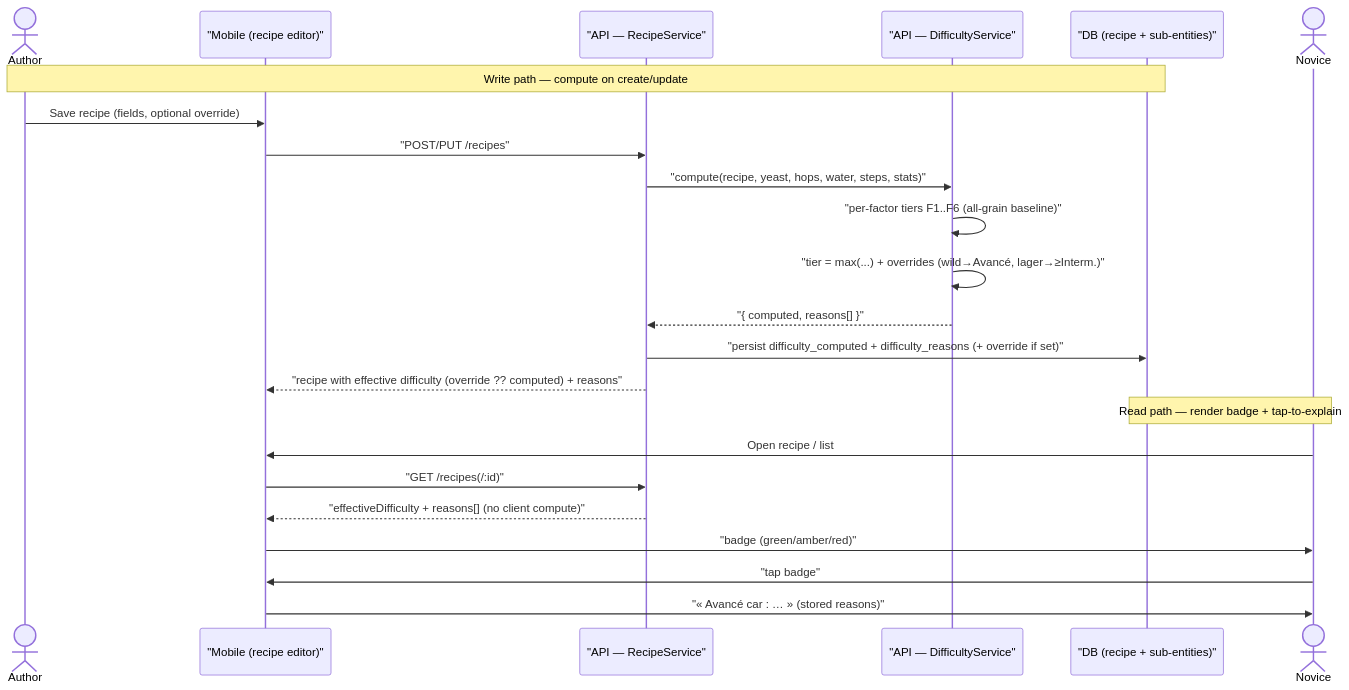
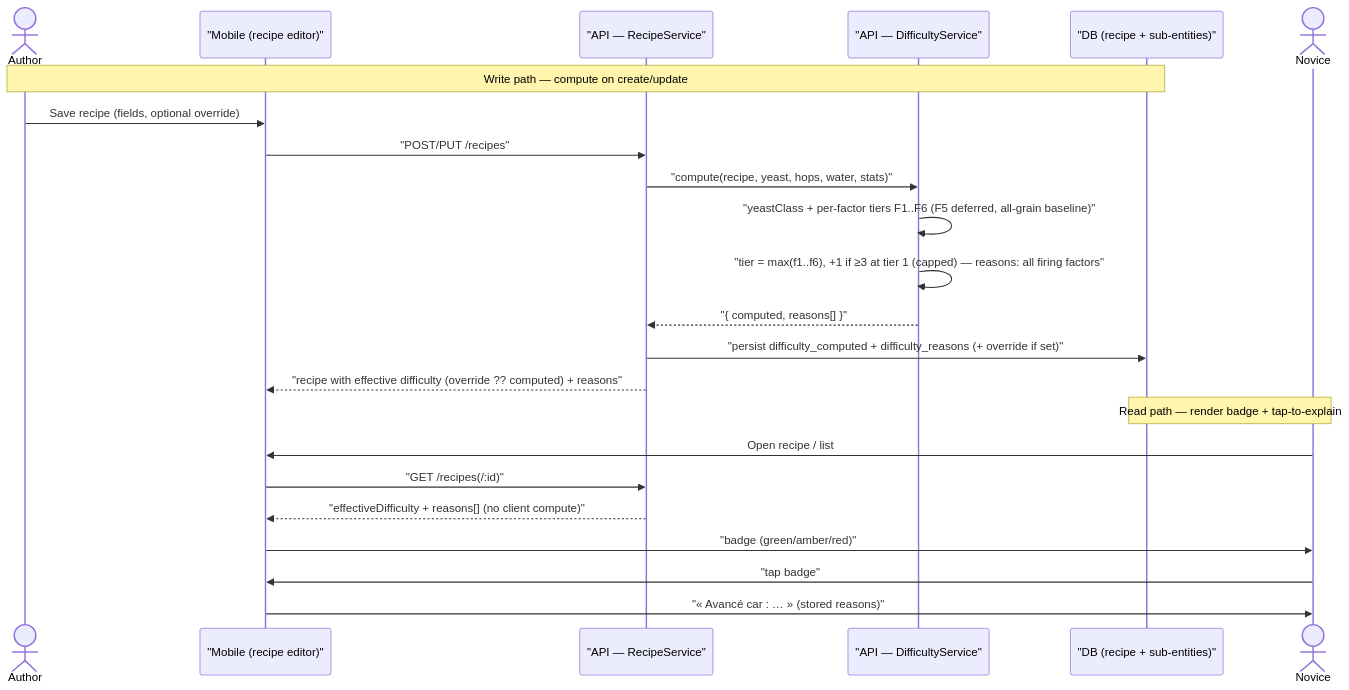
One commit to benoit-bremaud/brasse-bouillon changed the diagram in docs/architecture/diagrams/recipe-difficulty/02-sequence-compute.md. Above: the diagram before and after it, drawn with Mermaid. The commit also changed 4 other files, not shown here.

````diff
--- a/docs/architecture/diagrams/recipe-difficulty/02-sequence-compute.md
+++ b/docs/architecture/diagrams/recipe-difficulty/02-sequence-compute.md
@@ -18,27 +18,27 @@
 ```mermaid
 sequenceDiagram
   actor Author as Author
   participant M as "Mobile (recipe editor)"
   participant API as "API — RecipeService"
   participant DS as "API — DifficultyService"
   participant DB as "DB (recipe + sub-entities)"
   actor Novice
 
   Note over Author,DB: Write path — compute on create/update
   Author->>M: Save recipe (fields, optional override)
   M->>API: "POST/PUT /recipes"
-  API->>DS: "compute(recipe, yeast, hops, water, steps, stats)"
-  DS->>DS: "per-factor tiers F1..F6 (all-grain baseline)"
-  DS->>DS: "tier = max(...) + overrides (wild→Avancé, lager→≥Interm.)"
+  API->>DS: "compute(recipe, yeast, hops, water, stats)"
+  DS->>DS: "yeastClass + per-factor tiers F1..F6 (F5 deferred, all-grain baseline)"
+  DS->>DS: "tier = max(f1..f6), +1 if ≥3 at tier 1 (capped) — reasons: all firing factors"
   DS-->>API: "{ computed, reasons[] }"
   API->>DB: "persist difficulty_computed + difficulty_reasons (+ override if set)"
   API-->>M: "recipe with effective difficulty (override ?? computed) + reasons"
 
   Note over Novice,DB: Read path — render badge + tap-to-explain
   Novice->>M: Open recipe / list
   M->>API: "GET /recipes(/:id)"
   API-->>M: "effectiveDifficulty + reasons[] (no client compute)"
   M->>Novice: "badge (green/amber/red)"
   Novice->>M: "tap badge"
   M->>Novice: "« Avancé car : … » (stored reasons)"
 ```
````
